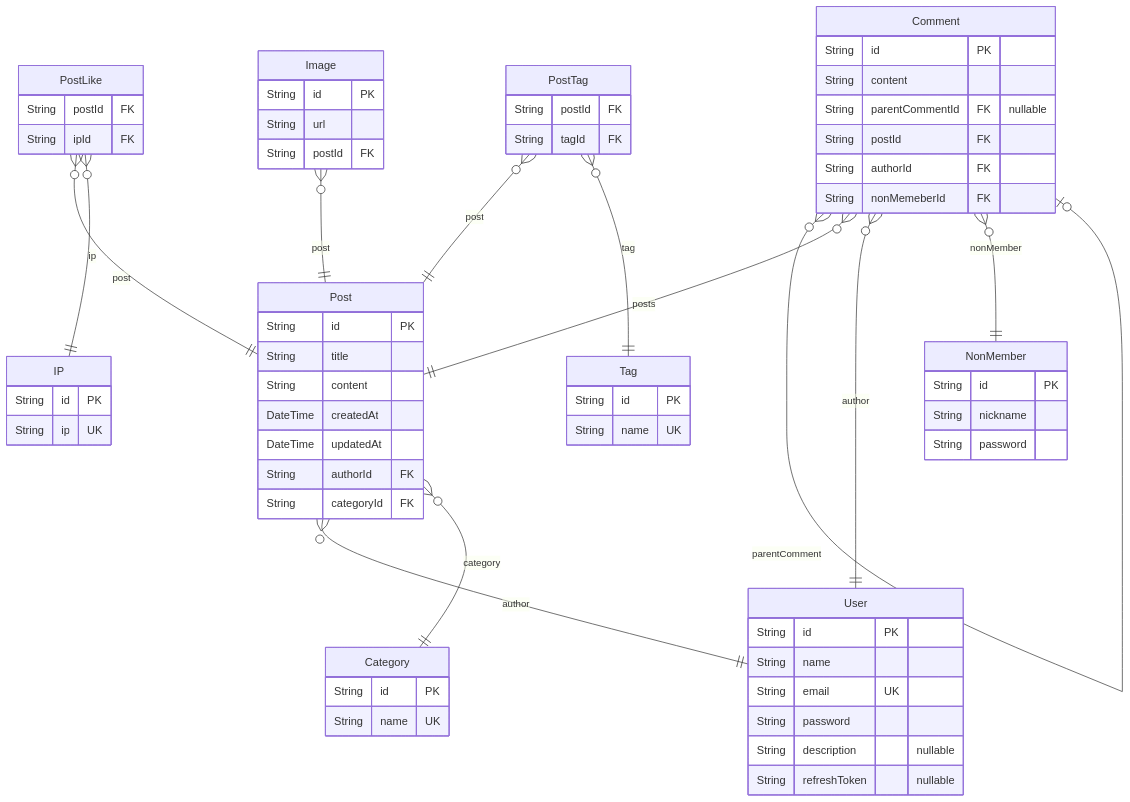
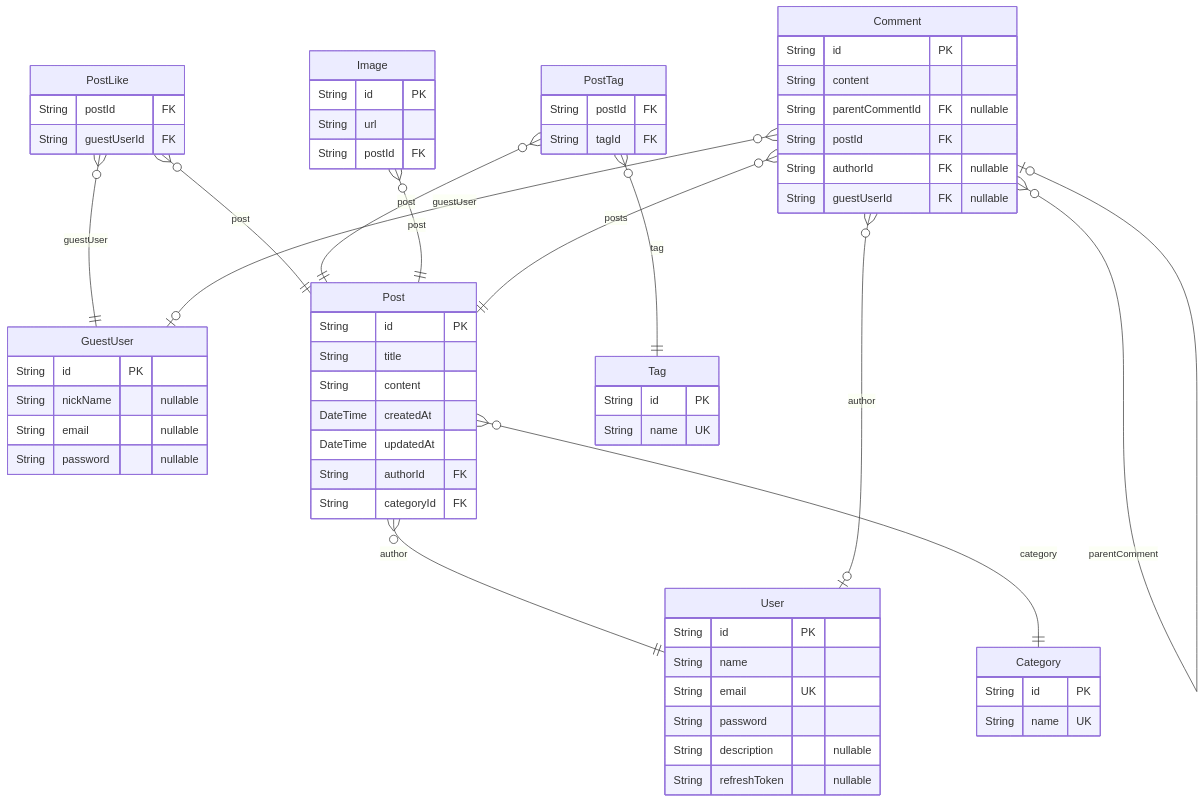
The diagram in prisma/ERD.md (JongDeug/blog-backend), drawn with Mermaid before and after one commit. The commit also changed other lines of this file and 2 other files, not shown here.

````diff
--- a/prisma/ERD.md
+++ b/prisma/ERD.md
@@ -7,69 +7,66 @@
 ```mermaid
 erDiagram
 "User" {
   String id PK
   String name
   String email UK
   String password
   String description "nullable"
   String refreshToken "nullable"
 }
-"IP" {
+"GuestUser" {
   String id PK
-  String ip UK
-}
-"NonMember" {
-  String id PK
-  String nickname
-  String password
+  String nickName "nullable"
+  String email "nullable"
+  String password "nullable"
 }
 "PostLike" {
   String postId FK
-  String ipId FK
+  String guestUserId FK
 }
 "Post" {
   String id PK
   String title
   String content
   DateTime createdAt
   DateTime updatedAt
   String authorId FK
   String categoryId FK
 }
 "Tag" {
   String id PK
   String name UK
 }
 "PostTag" {
   String postId FK
   String tagId FK
 }
 "Image" {
   String id PK
   String url
   String postId FK
 }
 "Category" {
   String id PK
   String name UK
 }
 "Comment" {
   String id PK
   String content
   String parentCommentId FK "nullable"
   String postId FK
-  String authorId FK
-  String nonMemeberId FK
+  String authorId FK "nullable"
+  String guestUserId FK "nullable"
 }
 "PostLike" }o--|| "Post" : post
-"PostLike" }o--|| "IP" : ip
+"PostLike" }o--|| "GuestUser" : guestUser
 "Post" }o--|| "User" : author
 "Post" }o--|| "Category" : category
 "PostTag" }o--|| "Post" : post
 "PostTag" }o--|| "Tag" : tag
 "Image" }o--|| "Post" : post
 "Comment" }o--o| "Comment" : parentComment
 "Comment" }o--|| "Post" : posts
-"Comment" }o--|| "User" : author
-"Comment" }o--|| "NonMember" : nonMember
+"Comment" }o--o| "User" : author
+"Comment" }o--o| "GuestUser" : guestUser
 ```
````
